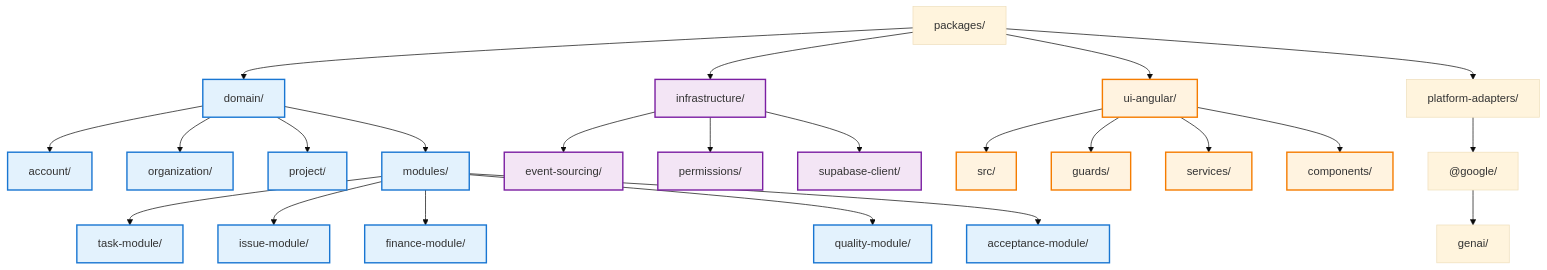
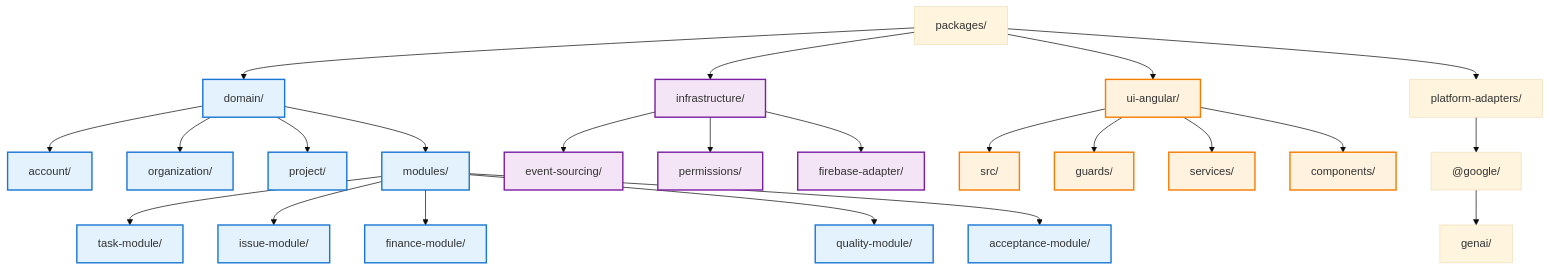
Before and after one commit to 7Spade/ng-dragon: the tenth of 10 diagrams in docs/Mermaid-A.md, drawn with Mermaid (base theme).

Commit message:
docs: align packages diagram with firebase adapter

````diff
--- a/docs/Mermaid-A.md
+++ b/docs/Mermaid-A.md
@@ -1045,40 +1045,40 @@
 ```mermaid
 flowchart TD
     packages["packages/"]
     
     packages --> domain["domain/"]
     packages --> infra["infrastructure/"]
     packages --> ui["ui-angular/"]
     packages --> adapters["platform-adapters/"]
     
     domain --> account["account/"]
     domain --> org["organization/"]
     domain --> project["project/"]
     domain --> modules["modules/"]
     
     modules --> task["task-module/"]
     modules --> issue["issue-module/"]
     modules --> finance["finance-module/"]
     modules --> quality["quality-module/"]
     modules --> acceptance["acceptance-module/"]
     
     infra --> events["event-sourcing/"]
     infra --> permissions["permissions/"]
-    infra --> supabase["supabase-client/"]
+    infra --> firebase["firebase-adapter/"]
     
     ui --> uiSrc["src/"]
     ui --> guards["guards/"]
     ui --> services["services/"]
     ui --> components["components/"]
     
     adapters --> google["@google/"]
     google --> genai["genai/"]
     
     classDef domainStyle fill:#e3f2fd,stroke:#1976d2,stroke-width:2px
     classDef infraStyle fill:#f3e5f5,stroke:#7b1fa2,stroke-width:2px
     classDef uiStyle fill:#fff3e0,stroke:#f57c00,stroke-width:2px
     
     class domain,account,org,project,modules,task,issue,finance,quality,acceptance domainStyle
-    class infra,events,permissions,supabase infraStyle
+    class infra,events,permissions,firebase infraStyle
     class ui,uiSrc,guards,services,components uiStyle
 ```
````
